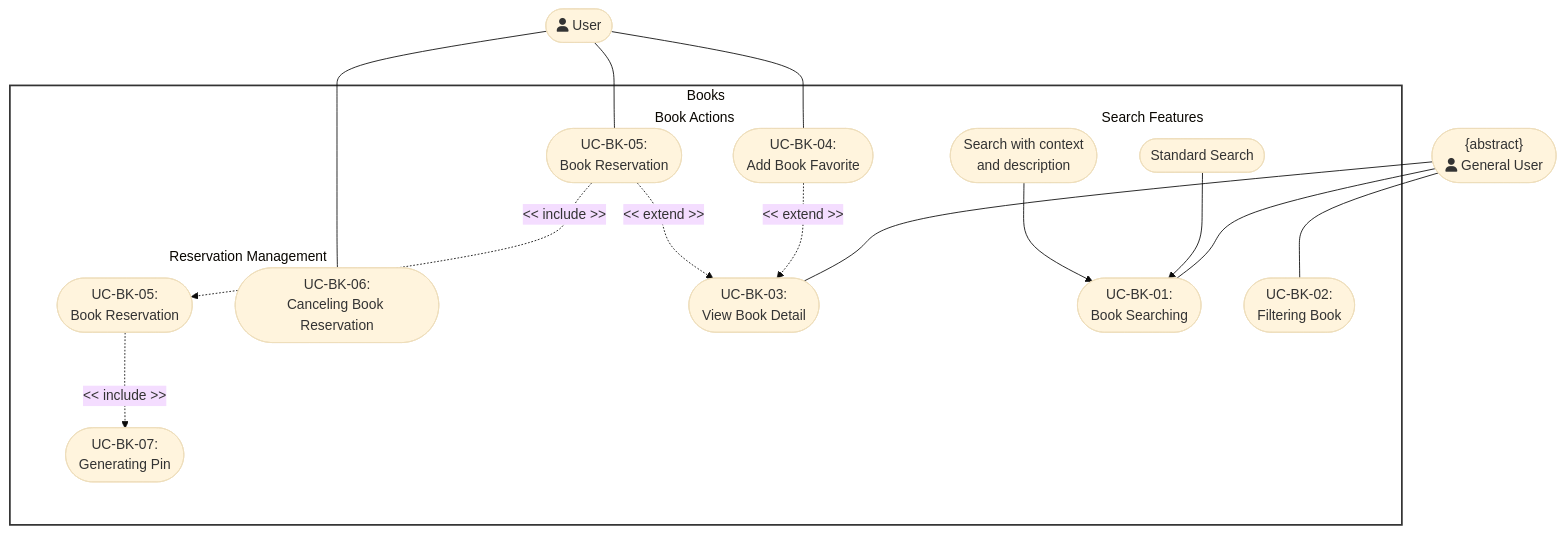
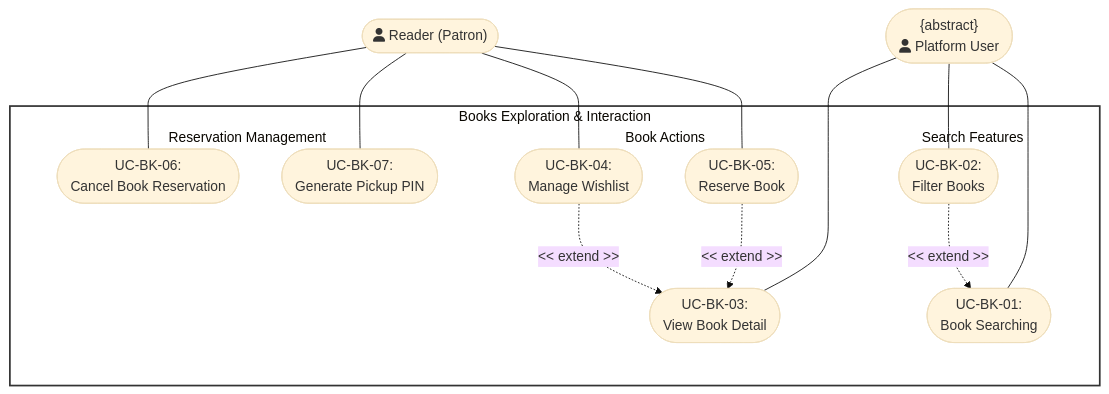
One commit to DuyNhat1705/AmeThyst-Library changed the fourth of 9 diagrams in docs/management/PA4/Use-CaseDiagram.md. Above: the diagram before and after it, drawn with Mermaid (base theme). The commit also changed other lines of this file and 13 other files, not shown here.

````diff
--- a/docs/management/PA4/Use-CaseDiagram.md
+++ b/docs/management/PA4/Use-CaseDiagram.md
@@ -138,57 +128,41 @@
 ```mermaid
 flowchart TD
-    %% Actors 
-    Actor1(["<center>{abstract} <br> fa:fa-user General User</center>"])
-    Actor2(["<center>fa:fa-user User</center>"])
+    PlatformUser(["<center>{abstract}<br/>fa:fa-user Platform User</center>"])
 
-    %% System Boundary Subgraph
-    subgraph BooksSystem [Books]
-        %% Column 1: Search & Filter Features
+    subgraph BooksSystem [Books Exploration & Interaction]
         subgraph SearchBlock [Search Features]
-            UC_StdSearch(["<center>Standard Search</center>"])
-            UC_SemSearch(["<center>Search with context<br>and description</center>"])
-            UC_AbsSearching(["<center>UC-BK-01:<br>Book Searching</center>"])
-            UC_Filter(["<center>UC-BK-02:<br>Filtering Book</center>"])
+            UC_Search(["<center>UC-BK-01:<br/>Book Searching</center>"])
+            UC_Filter(["<center>UC-BK-02:<br/>Filter Books</center>"])
         end
-        
-        %% Column 2: Book Actions
+
         subgraph ActionBlock [Book Actions]
-            UC_ViewDetail(["<center>UC-BK-03:<br>View Book Detail</center>"])
-            UC_AddFav(["<center>UC-BK-04:<br>Add Book Favorite</center>"])
-            UC_Reserve(["<center>UC-BK-05:<br>Book Reservation</center>"])
+            UC_Detail(["<center>UC-BK-03:<br/>View Book Detail</center>"])
+            UC_Wishlist(["<center>UC-BK-04:<br/>Manage Wishlist</center>"])
+            UC_Reserve(["<center>UC-BK-05:<br/>Reserve Book</center>"])
         end
-        
-        %% Column 3: Reservation Management
+
         subgraph ReserveBlock [Reservation Management]
-            UC_CreateReserve(["<center>UC-BK-05:<br>Book Reservation</center>"])
-            UC_CancelReserve(["<center>UC-BK-06:<br>Canceling Book Reservation</center>"])
-            UC_GenPin(["<center>UC-BK-07:<br>Generating Pin</center>"])
+            UC_Cancel(["<center>UC-BK-06:<br/>Cancel Book Reservation</center>"])
+            UC_Pin(["<center>UC-BK-07:<br/>Generate Pickup PIN</center>"])
         end
+
+        UC_Filter -. "<< extend >>" .-> UC_Search
+        UC_Wishlist -. "<< extend >>" .-> UC_Detail
+        UC_Reserve -. "<< extend >>" .-> UC_Detail
     end
 
-    %% Actor Associations
-    Actor1 --- UC_AbsSearching
-    Actor1 --- UC_Filter
-    Actor1 --- UC_ViewDetail
-    Actor2 --- UC_AddFav
-    Actor2 --- UC_Reserve
-    Actor2 --- UC_CancelReserve
+    Reader(["<center>fa:fa-user Reader (Patron)</center>"])
 
-    %% Valid Generalization (Standard/Semantic ARE types of Search)
-    UC_StdSearch --> UC_AbsSearching
-    UC_SemSearch --> UC_AbsSearching
+    PlatformUser --- UC_Search
+    PlatformUser --- UC_Filter
+    PlatformUser --- UC_Detail
+    Reader --- UC_Wishlist
+    Reader --- UC_Reserve
+    Reader --- UC_Cancel
+    Reader --- UC_Pin
 
-    %% Extend & Include Relationships
-    UC_AddFav -. "<< extend >>" .-> UC_ViewDetail
-    UC_Reserve -. "<< extend >>" .-> UC_ViewDetail
-    
-    %% Generating PIN is an INCLUDED step during reservation creation
-    UC_CreateReserve -. "<< include >>" .-> UC_GenPin
-    UC_Reserve -. "<< include >>" .-> UC_CreateReserve
-
-    %% Styling
     style BooksSystem fill:#fff,stroke:#333,stroke-width:2px
     style SearchBlock fill:none,stroke:none
     style ActionBlock fill:none,stroke:none
     style ReserveBlock fill:none,stroke:none
 ```
````
